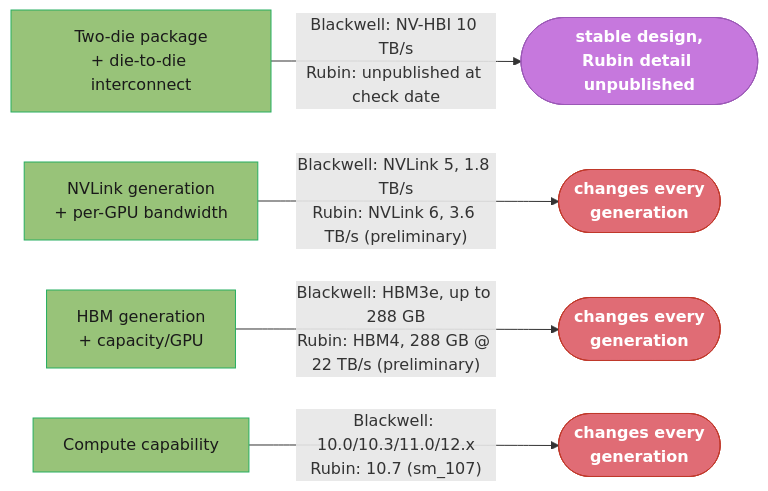
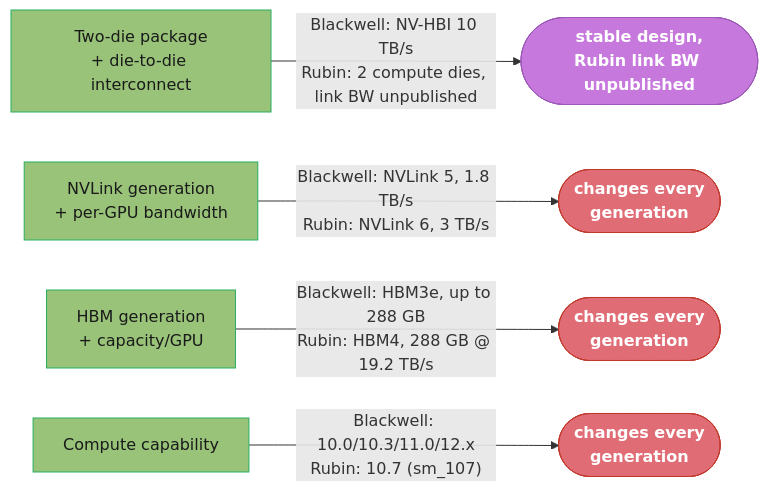
One commit to rppol/system-design changed the second of 2 diagrams in src/main/java/com/rutik/systemdesign/cuda/gpu_hardware_architecture/blackwell_and_rubin_architecture.md. Above: the diagram before and after it, drawn with Mermaid. The commit also changed other lines of this file and 10 other files, not shown here.

````diff
--- a/src/main/java/com/rutik/systemdesign/cuda/gpu_hardware_architecture/blackwell_and_rubin_architecture.md
+++ b/src/main/java/com/rutik/systemdesign/cuda/gpu_hardware_architecture/blackwell_and_rubin_architecture.md
@@ -170,20 +171,20 @@
 ```mermaid
 flowchart LR
     classDef stable fill:#98c379,stroke:#27ae60,color:#1a1a1a
     classDef change fill:#e06c75,stroke:#c0392b,color:#fff,font-weight:bold
     classDef prelim fill:#c678dd,stroke:#9b59b6,color:#fff,font-weight:bold
 
     T1["Two-die package<br/>+ die-to-die interconnect"]
     T2["NVLink generation<br/>+ per-GPU bandwidth"]
     T3["HBM generation<br/>+ capacity/GPU"]
     T4["Compute capability"]
 
-    T1 -->|"Blackwell: NV-HBI 10 TB/s<br/>Rubin: unpublished at check date"| T1R(["stable design,<br/>Rubin detail unpublished"])
-    T2 -->|"Blackwell: NVLink 5, 1.8 TB/s<br/>Rubin: NVLink 6, 3.6 TB/s (preliminary)"| T2R(["changes every<br/>generation"])
-    T3 -->|"Blackwell: HBM3e, up to 288 GB<br/>Rubin: HBM4, 288 GB @ 22 TB/s (preliminary)"| T3R(["changes every<br/>generation"])
+    T1 -->|"Blackwell: NV-HBI 10 TB/s<br/>Rubin: 2 compute dies, link BW unpublished"| T1R(["stable design,<br/>Rubin link BW unpublished"])
+    T2 -->|"Blackwell: NVLink 5, 1.8 TB/s<br/>Rubin: NVLink 6, 3 TB/s"| T2R(["changes every<br/>generation"])
+    T3 -->|"Blackwell: HBM3e, up to 288 GB<br/>Rubin: HBM4, 288 GB @ 19.2 TB/s"| T3R(["changes every<br/>generation"])
     T4 -->|"Blackwell: 10.0/10.3/11.0/12.x<br/>Rubin: 10.7 (sm_107)"| T4R(["changes every<br/>generation"])
 
     class T1,T2,T3,T4 stable
     class T2R,T3R,T4R change
     class T1R prelim
 ```
````
